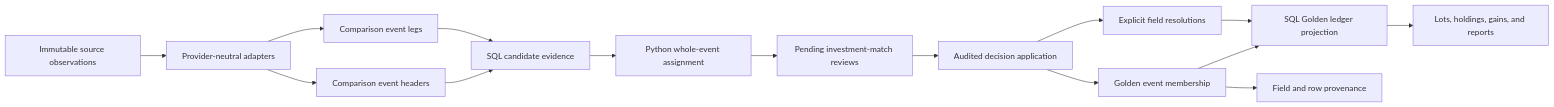
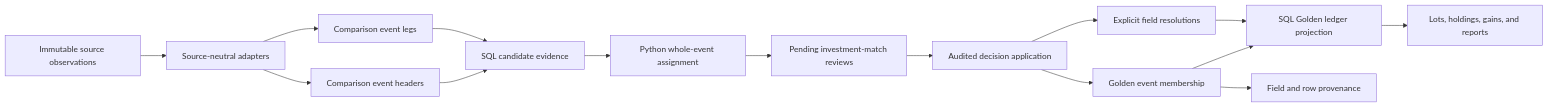
One commit to bsaffel/moneybin changed the diagram in docs/specs/investment-event-matching.md. Above: the diagram before and after it, drawn with Mermaid. The commit also changed other lines of this file and 6 other files, not shown here.

````diff
--- a/docs/specs/investment-event-matching.md
+++ b/docs/specs/investment-event-matching.md
@@ -116,17 +116,17 @@
 ```mermaid
 flowchart LR
-    R["Immutable source observations"] --> A["Provider-neutral adapters"]
+    R["Immutable source observations"] --> A["Source-neutral adapters"]
     A --> H["Comparison event headers"]
     A --> L["Comparison event legs"]
     H --> C["SQL candidate evidence"]
     L --> C
     C --> P["Python whole-event assignment"]
     P --> Q["Pending investment-match reviews"]
     Q --> D["Audited decision application"]
     D --> M["Golden event membership"]
     D --> F["Explicit field resolutions"]
     M --> G["SQL Golden ledger projection"]
     F --> G
     G --> T["Lots, holdings, gains, and reports"]
     M --> V["Field and row provenance"]
 ```
````
